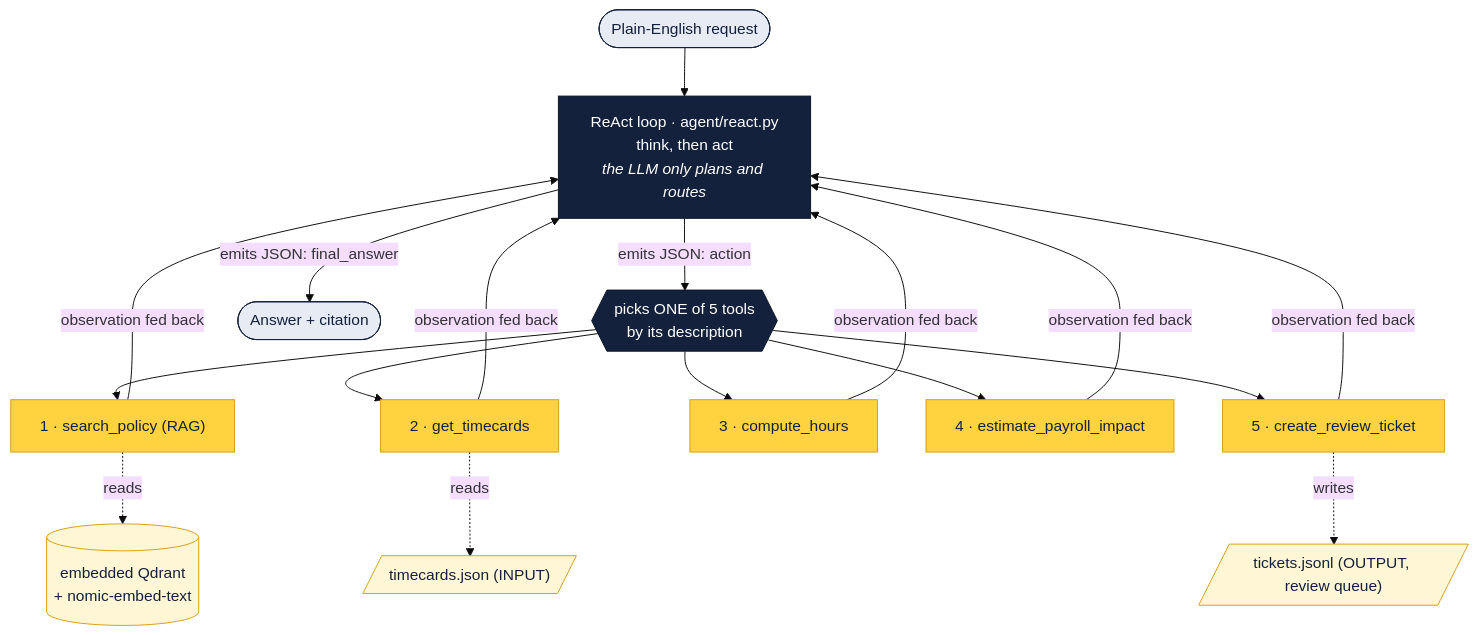
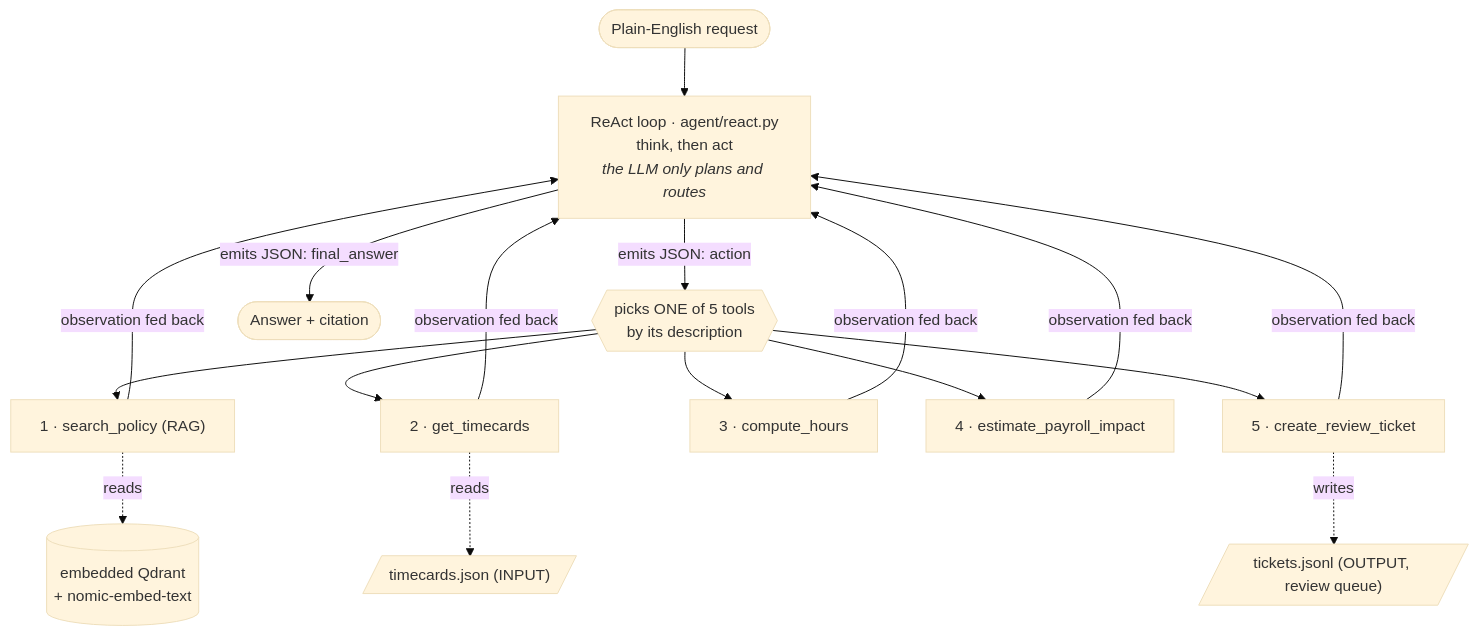
The first of 4 diagrams in README.md (2015pushkar/shiftguard_agent_v1), drawn with Mermaid (base theme) before and after one commit. The commit also changed other lines of this file, not shown here.

Commit message:
docs: Simplify Mermaid diagram styles and remove unused class definitions in README

````diff
--- a/README.md
+++ b/README.md
@@ -22,27 +22,18 @@
 ```mermaid
 flowchart TD
     U(["Plain-English request"]) --> A["ReAct loop · agent/react.py<br/>think, then act<br/><i>the LLM only plans and routes</i>"]
     A -->|"emits JSON: action"| R{{"picks ONE of 5 tools<br/>by its description"}}
     A -->|"emits JSON: final_answer"| OUT(["Answer + citation"])
 
     R --> T1["1 · search_policy (RAG)"]
     R --> T2["2 · get_timecards"]
     R --> T3["3 · compute_hours"]
     R --> T4["4 · estimate_payroll_impact"]
     R --> T5["5 · create_review_ticket"]
 
     T1 & T2 & T3 & T4 & T5 -->|observation fed back| A
 
     T1 -. reads .-> QD[("embedded Qdrant<br/>+ nomic-embed-text")]
     T2 -. reads .-> JS[/"timecards.json (INPUT)"/]
     T5 -. writes .-> TK[/"tickets.jsonl (OUTPUT, review queue)"/]
-
-    classDef navy fill:#14213d,stroke:#0b1526,color:#ffffff;
-    classDef navyLite fill:#e6ebf4,stroke:#14213d,color:#14213d;
-    classDef gold fill:#ffd23f,stroke:#d4a017,color:#14213d;
-    classDef goldLite fill:#fff6d6,stroke:#d4a017,color:#14213d;
-    class A,R navy;
-    class U,OUT navyLite;
-    class T1,T2,T3,T4,T5 gold;
-    class QD,JS,TK goldLite;
 ```
````
